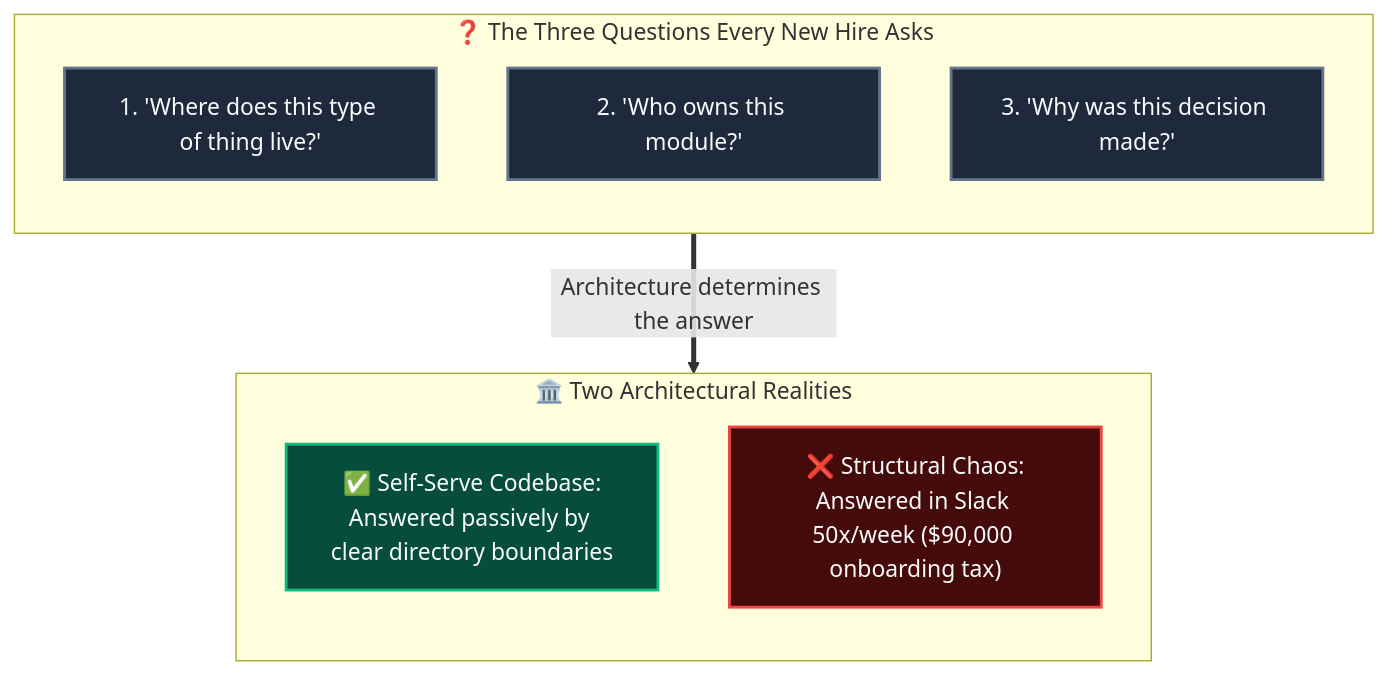
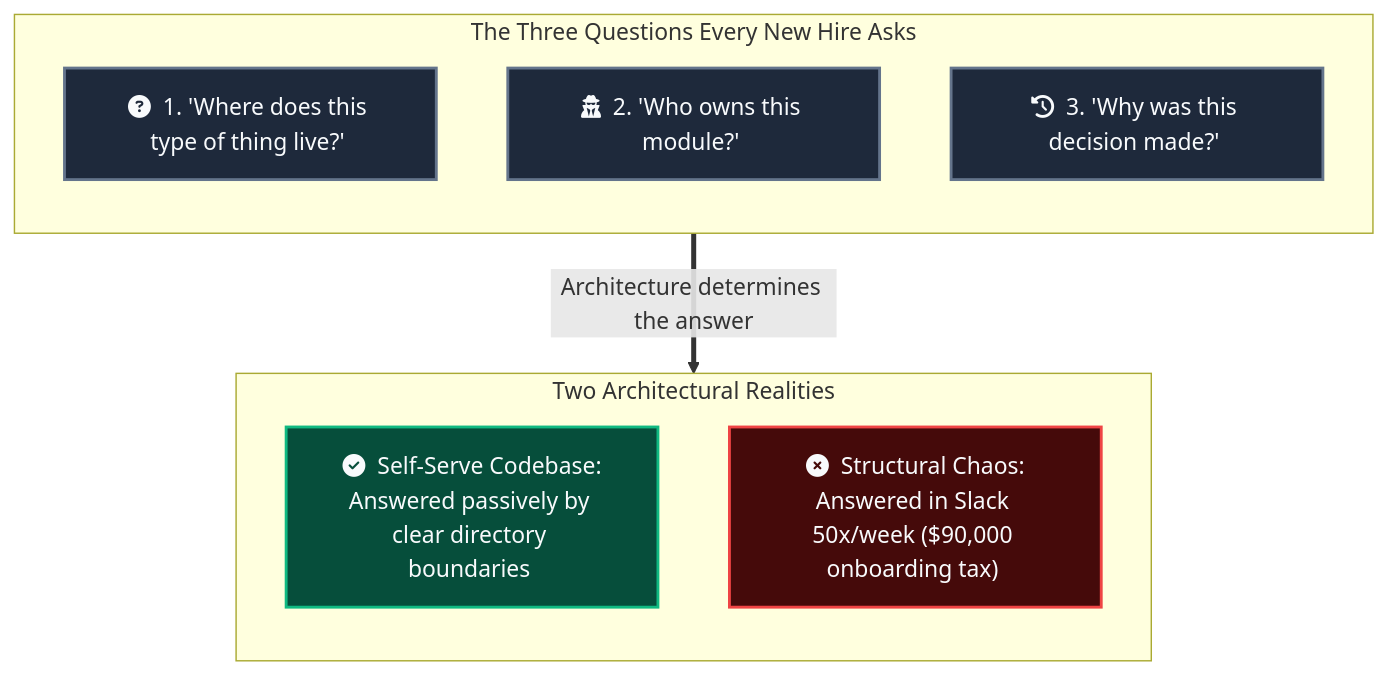
Before and after one commit to Dustu103/system-design: the first of 9 diagrams in 01-filestructure/articles/01-your-folder-structure-is-a-message.md, drawn with Mermaid. The commit also changed other lines of this file and 1 other file, not shown here.

````diff
--- a/01-filestructure/articles/01-your-folder-structure-is-a-message.md
+++ b/01-filestructure/articles/01-your-folder-structure-is-a-message.md
@@ -21,24 +21,24 @@
 ```mermaid
 flowchart TD
-    subgraph QUESTIONS["❓ The Three Questions Every New Hire Asks"]
+    subgraph QUESTIONS["The Three Questions Every New Hire Asks"]
         direction TB
-        Q1["1. 'Where does this type of thing live?'"]
-        Q2["2. 'Who owns this module?'"]
-        Q3["3. 'Why was this decision made?'"]
+        Q1["fa:fa-question-circle &nbsp;1. 'Where does this type of thing live?'&nbsp;"]
+        Q2["fa:fa-user-secret &nbsp;2. 'Who owns this module?'&nbsp;"]
+        Q3["fa:fa-history &nbsp;3. 'Why was this decision made?'&nbsp;"]
     end
 
-    subgraph OUTCOME["🏛️ Two Architectural Realities"]
+    subgraph OUTCOME["Two Architectural Realities"]
         direction TB
-        A1["✅ Self-Serve Codebase:<br/>Answered passively by clear directory boundaries"]
-        A2["❌ Structural Chaos:<br/>Answered in Slack 50x/week ($90,000 onboarding tax)"]
+        A1["fa:fa-check-circle &nbsp;Self-Serve Codebase:<br/>Answered passively by clear directory boundaries&nbsp;"]
+        A2["fa:fa-times-circle &nbsp;Structural Chaos:<br/>Answered in Slack 50x/week ($90,000 onboarding tax)&nbsp;"]
     end
 
     QUESTIONS ==>|"Architecture determines the answer"| OUTCOME
 
     classDef qClass fill:#1e293b,stroke:#64748b,stroke-width:2px,color:#f8fafc;
     classDef goodClass fill:#064e3b,stroke:#10b981,stroke-width:2px,color:#f8fafc;
     classDef badClass fill:#450a0a,stroke:#ef4444,stroke-width:2px,color:#f8fafc;
     class Q1,Q2,Q3 qClass;
     class A1 goodClass;
     class A2 badClass;
 ```
````
